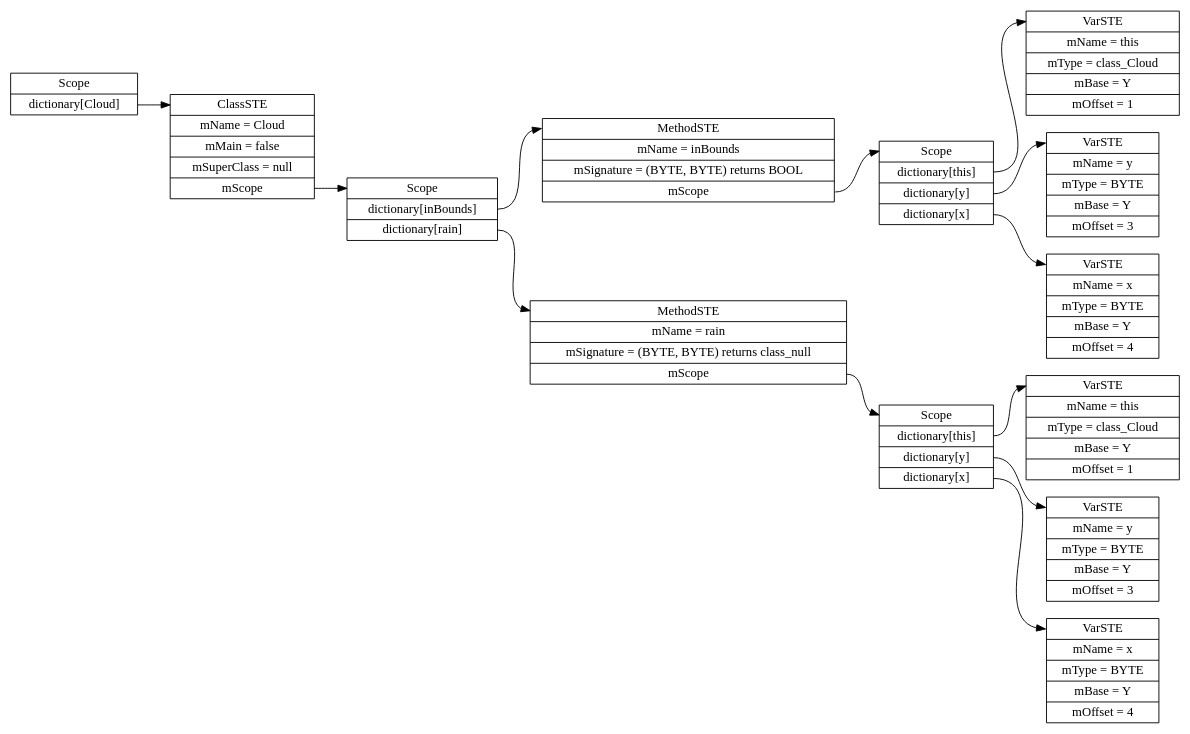
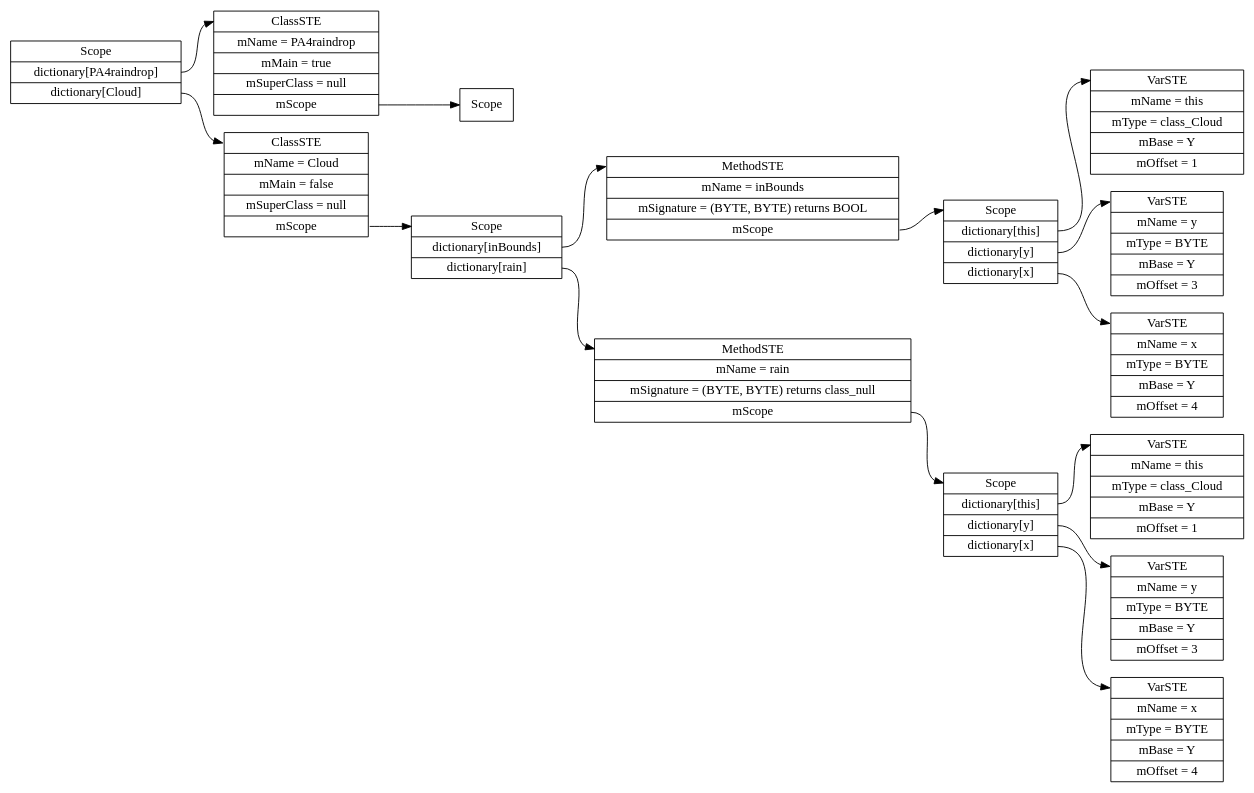
Before and after one commit to karmaUdel/Meggy-Java-Compiler: the diagram in tst/PA4raindrop.java.ST.dot, drawn with Graphviz. The commit also changed 9 other files, not shown here.

```diff
--- a/tst/PA4raindrop.java.ST.dot
+++ b/tst/PA4raindrop.java.ST.dot
@@ -1,29 +1,33 @@
 digraph SymTable {
 	graph [rankdir="LR"];
 	node [shape=record];
-	0 [label=" <f0> Scope | <f1> dictionary\[Cloud\] "];
+	0 [label=" <f0> Scope | <f1> dictionary\[PA4raindrop\] | <f2> dictionary\[Cloud\] "];
 	0:<f1> -> 1:<f0>;
-	1 [label=" <f0> ClassSTE | <f1> mName = Cloud| <f2> mMain = false| <f3> mSuperClass = null| <f4> mScope "];
+	1 [label=" <f0> ClassSTE | <f1> mName = PA4raindrop| <f2> mMain = true| <f3> mSuperClass = null| <f4> mScope "];
 	1:<f4> -> 2:<f0>;
-	2 [label=" <f0> Scope | <f1> dictionary\[inBounds\] | <f2> dictionary\[rain\] "];
-	2:<f1> -> 3:<f0>;
-	3 [label=" <f0> MethodSTE | <f1> mName = inBounds| <f2> mSignature = (BYTE, BYTE) returns BOOL| <f3> mScope "];
-	3:<f3> -> 4:<f0>;
-	4 [label=" <f0> Scope | <f1> dictionary\[this\] | <f2> dictionary\[y\] | <f3> dictionary\[x\] "];
+	2 [label=" <f0> Scope "];
+	0:<f2> -> 3:<f0>;
+	3 [label=" <f0> ClassSTE | <f1> mName = Cloud| <f2> mMain = false| <f3> mSuperClass = null| <f4> mScope "];
+	3:<f4> -> 4:<f0>;
+	4 [label=" <f0> Scope | <f1> dictionary\[inBounds\] | <f2> dictionary\[rain\] "];
 	4:<f1> -> 5:<f0>;
-	5 [label=" <f0> VarSTE | <f1> mName = this| <f2> mType = class_Cloud| <f3> mBase = Y| <f4> mOffset = 1"];
-	4:<f2> -> 6:<f0>;
-	6 [label=" <f0> VarSTE | <f1> mName = y| <f2> mType = BYTE| <f3> mBase = Y| <f4> mOffset = 3"];
-	4:<f3> -> 7:<f0>;
-	7 [label=" <f0> VarSTE | <f1> mName = x| <f2> mType = BYTE| <f3> mBase = Y| <f4> mOffset = 4"];
-	2:<f2> -> 8:<f0>;
-	8 [label=" <f0> MethodSTE | <f1> mName = rain| <f2> mSignature = (BYTE, BYTE) returns class_null| <f3> mScope "];
-	8:<f3> -> 9:<f0>;
-	9 [label=" <f0> Scope | <f1> dictionary\[this\] | <f2> dictionary\[y\] | <f3> dictionary\[x\] "];
-	9:<f1> -> 10:<f0>;
-	10 [label=" <f0> VarSTE | <f1> mName = this| <f2> mType = class_Cloud| <f3> mBase = Y| <f4> mOffset = 1"];
-	9:<f2> -> 11:<f0>;
-	11 [label=" <f0> VarSTE | <f1> mName = y| <f2> mType = BYTE| <f3> mBase = Y| <f4> mOffset = 3"];
-	9:<f3> -> 12:<f0>;
-	12 [label=" <f0> VarSTE | <f1> mName = x| <f2> mType = BYTE| <f3> mBase = Y| <f4> mOffset = 4"];
+	5 [label=" <f0> MethodSTE | <f1> mName = inBounds| <f2> mSignature = (BYTE, BYTE) returns BOOL| <f3> mScope "];
+	5:<f3> -> 6:<f0>;
+	6 [label=" <f0> Scope | <f1> dictionary\[this\] | <f2> dictionary\[y\] | <f3> dictionary\[x\] "];
+	6:<f1> -> 7:<f0>;
+	7 [label=" <f0> VarSTE | <f1> mName = this| <f2> mType = class_Cloud| <f3> mBase = Y| <f4> mOffset = 1"];
+	6:<f2> -> 8:<f0>;
+	8 [label=" <f0> VarSTE | <f1> mName = y| <f2> mType = BYTE| <f3> mBase = Y| <f4> mOffset = 3"];
+	6:<f3> -> 9:<f0>;
+	9 [label=" <f0> VarSTE | <f1> mName = x| <f2> mType = BYTE| <f3> mBase = Y| <f4> mOffset = 4"];
+	4:<f2> -> 10:<f0>;
+	10 [label=" <f0> MethodSTE | <f1> mName = rain| <f2> mSignature = (BYTE, BYTE) returns class_null| <f3> mScope "];
+	10:<f3> -> 11:<f0>;
+	11 [label=" <f0> Scope | <f1> dictionary\[this\] | <f2> dictionary\[y\] | <f3> dictionary\[x\] "];
+	11:<f1> -> 12:<f0>;
+	12 [label=" <f0> VarSTE | <f1> mName = this| <f2> mType = class_Cloud| <f3> mBase = Y| <f4> mOffset = 1"];
+	11:<f2> -> 13:<f0>;
+	13 [label=" <f0> VarSTE | <f1> mName = y| <f2> mType = BYTE| <f3> mBase = Y| <f4> mOffset = 3"];
+	11:<f3> -> 14:<f0>;
+	14 [label=" <f0> VarSTE | <f1> mName = x| <f2> mType = BYTE| <f3> mBase = Y| <f4> mOffset = 4"];
 }
```
